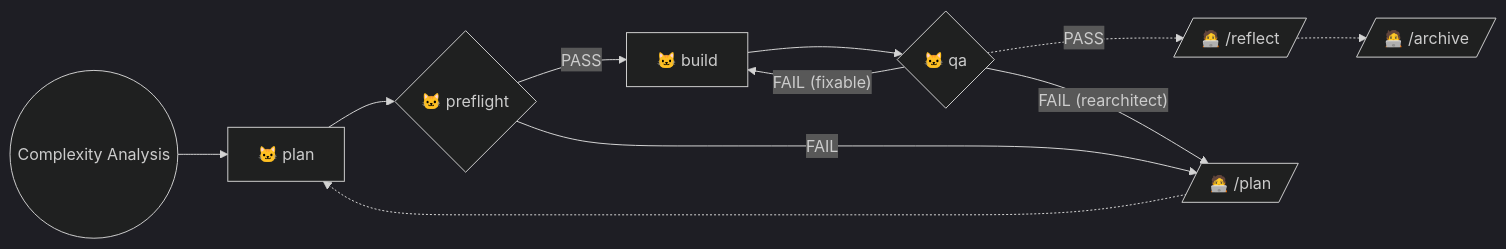
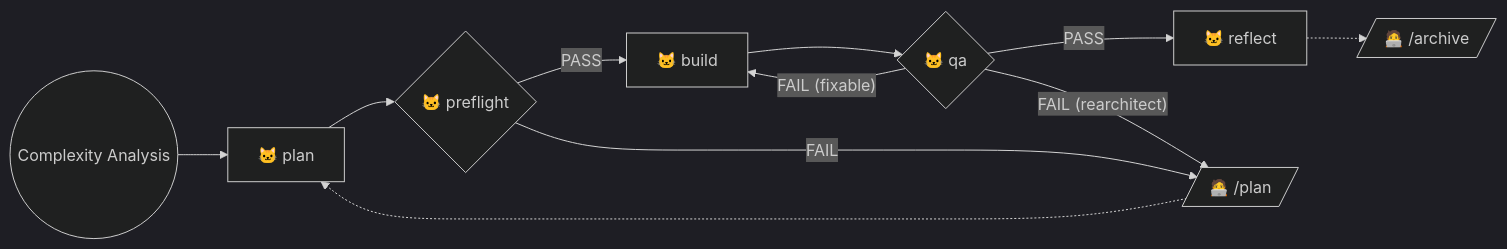
One commit to Texarkanine/.cursor-rules changed the diagram in rulesets/niko2/niko/level2/level2-workflow.mdc. Above: the diagram before and after it, drawn with Mermaid (dark theme). The commit also changed other lines of this file and 21 other files, not shown here.

Commit message:
feat: refactor niko2 to skills, implement up to Reflect (exclusive) in L2

````diff
--- a/rulesets/niko2/niko/level2/level2-workflow.mdc
+++ b/rulesets/niko2/niko/level2/level2-workflow.mdc
@@ -11,15 +11,15 @@
 ```mermaid
 graph LR
     Start(("Complexity Analysis")) --> NikoPlan["🐱 plan"]
     NikoPlan --> NikoPreflight{"🐱 preflight"}
     NikoPreflight -->|"PASS"| NikoBuild["🐱 build"]
     NikoPreflight -->|"FAIL"| ManPlan[/"🧑‍💻 /plan"/]
 
     NikoBuild --> NikoQA{"🐱 qa"}
-    NikoQA -.->|"PASS"| ManReflect[/"🧑‍💻 /reflect"/]
-    ManReflect -.-> ManArchive[/"🧑‍💻 /archive"/]
+    NikoQA -->|"PASS"| NikoReflect["🐱 reflect"]
+    NikoReflect -.-> ManArchive[/"🧑‍💻 /archive"/]
     NikoQA -->|"FAIL (fixable)"| NikoBuild
     NikoQA -->|"FAIL (rearchitect)"| ManPlan
 
     ManPlan -.-> NikoPlan
 ```
````
